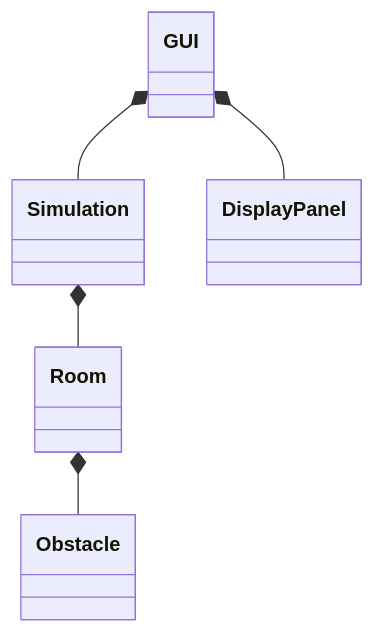
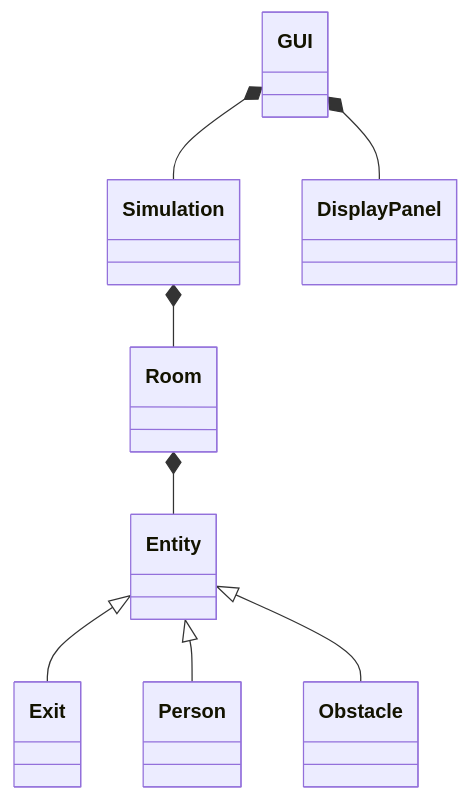
Before and after one commit to TimotheeMB/ProjectS4: the diagram in Report.md, drawn with Mermaid. The commit also changed other lines of this file, not shown here.

````diff
--- a/Report.md
+++ b/Report.md
@@ -12,7 +15,10 @@
 ```mermaid
 classDiagram
 GUI *-- Simulation
 GUI *-- DisplayPanel
 Simulation *-- Room
-Room *-- Obstacle
+Room *-- Entity
+Entity <|-- Exit
+Entity <|-- Person
+Entity <|-- Obstacle
 ```
````
